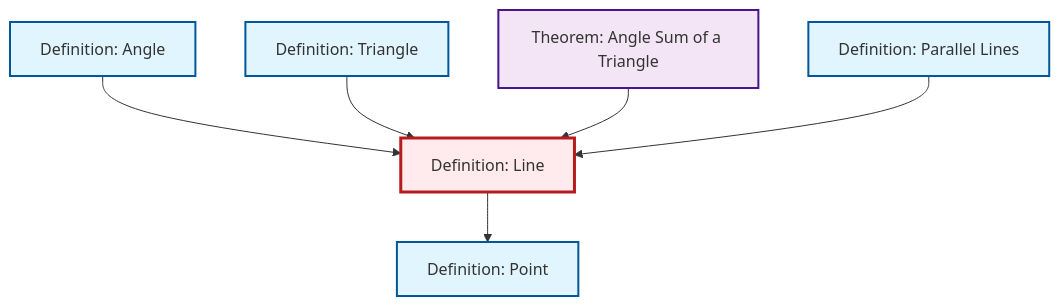
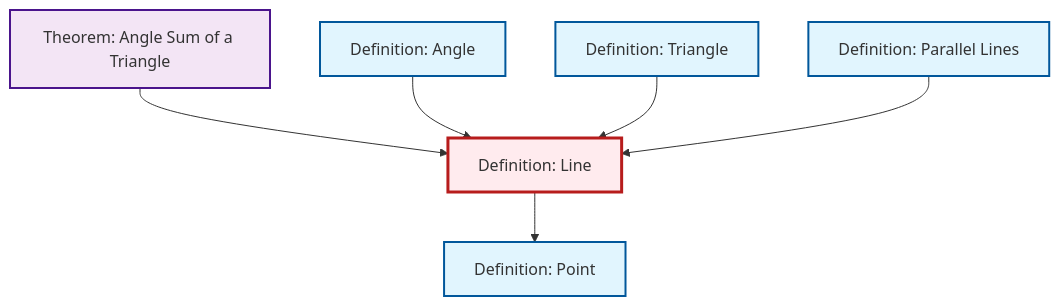
One commit to RK0429/ModernMath changed the diagram in content/ja/geometry/def-line.qmd. Above: the diagram before and after it, drawn with Mermaid. The commit also changed other lines of this file and 474 other files, not shown here.

````diff
--- a/content/ja/geometry/def-line.qmd
+++ b/content/ja/geometry/def-line.qmd
@@ -46,26 +46,26 @@
 ```{mermaid}
 %%| fig-cap: "Local dependency graph"
 graph TD
     classDef definition fill:#e1f5fe,stroke:#01579b,stroke-width:2px
     classDef theorem fill:#f3e5f5,stroke:#4a148c,stroke-width:2px
     classDef axiom fill:#fff3e0,stroke:#e65100,stroke-width:2px
     classDef example fill:#e8f5e9,stroke:#1b5e20,stroke-width:2px
     classDef current fill:#ffebee,stroke:#b71c1c,stroke-width:3px
+    def-triangle["Definition: Triangle"]:::definition
+    def-point["Definition: Point"]:::definition
+    def-line["Definition: Line"]:::definition
+    def-parallel["Definition: Parallel Lines"]:::definition
     thm-angle-sum-triangle["Theorem: Angle Sum of a Triangle"]:::theorem
-    def-line["Definition: Line"]:::definition
-    def-triangle["Definition: Triangle"]:::definition
     def-angle["Definition: Angle"]:::definition
-    def-parallel["Definition: Parallel Lines"]:::definition
-    def-point["Definition: Point"]:::definition
+    thm-angle-sum-triangle --> def-line
     def-angle --> def-line
+    def-line --> def-point
     def-triangle --> def-line
-    thm-angle-sum-triangle --> def-line
-    def-line --> def-point
     def-parallel --> def-line
     class def-line current
+    click def-triangle "def-triangle.html" "Definition: Triangleへ"
+    click def-point "def-point.html" "Definition: Pointへ"
+    click def-parallel "def-parallel.html" "Definition: Parallel Linesへ"
     click thm-angle-sum-triangle "thm-angle-sum-triangle.html" "Theorem: Angle Sum of a Triangleへ"
-    click def-triangle "def-triangle.html" "Definition: Triangleへ"
     click def-angle "def-angle.html" "Definition: Angleへ"
-    click def-parallel "def-parallel.html" "Definition: Parallel Linesへ"
-    click def-point "def-point.html" "Definition: Pointへ"
 ```
````
